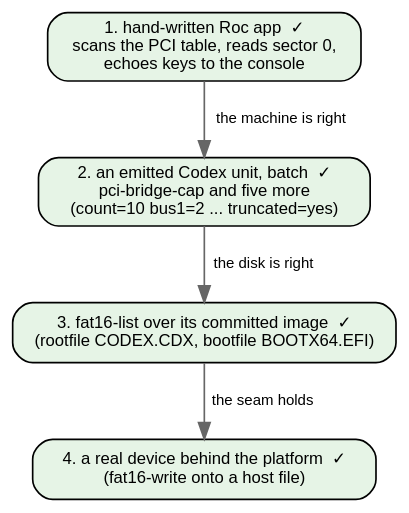
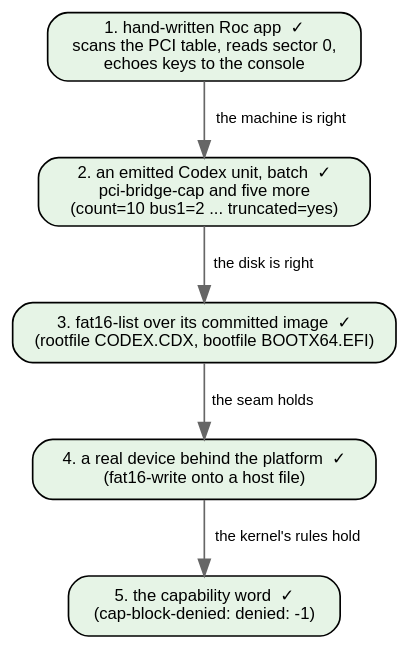
One commit to showell/essay-repl-server changed the tenth of 10 diagrams in notes/roc-machine-emulator.md. Above: the diagram before and after it, drawn with Graphviz. The commit also changed other lines of this file, not shown here.

First line of the commit message:
roc-machine-emulator: step 5, the capability word; the two FATs explained; two warning classes gone

````diff
--- a/notes/roc-machine-emulator.md
+++ b/notes/roc-machine-emulator.md
@@ -442,15 +527,17 @@
 ```dot
 digraph demo {
   rankdir=TB; bgcolor="transparent";
   node [shape=box style="rounded,filled" fontname="Helvetica" fontsize=10 fillcolor="#ffffff"];
   edge [fontname="Helvetica" fontsize=9 color="#666666"];
 
   a [label="1. hand-written Roc app  ✓\nscans the PCI table, reads sector 0,\nechoes keys to the console" fillcolor="#e6f4e6"];
   b [label="2. an emitted Codex unit, batch  ✓\npci-bridge-cap and five more\n(count=10 bus1=2 ... truncated=yes)" fillcolor="#e6f4e6"];
   c [label="3. fat16-list over its committed image  ✓\n(rootfile CODEX.CDX, bootfile BOOTX64.EFI)" fillcolor="#e6f4e6"];
   d [label="4. a real device behind the platform  ✓\n(fat16-write onto a host file)" fillcolor="#e6f4e6"];
+  e [label="5. the capability word  ✓\n(cap-block-denied: denied: -1)" fillcolor="#e6f4e6"];
   a -> b [label="the machine is right"];
   b -> c [label="the disk is right"];
   c -> d [label="the seam holds"];
+  d -> e [label="the kernel's rules hold"];
 }
 ```
````
